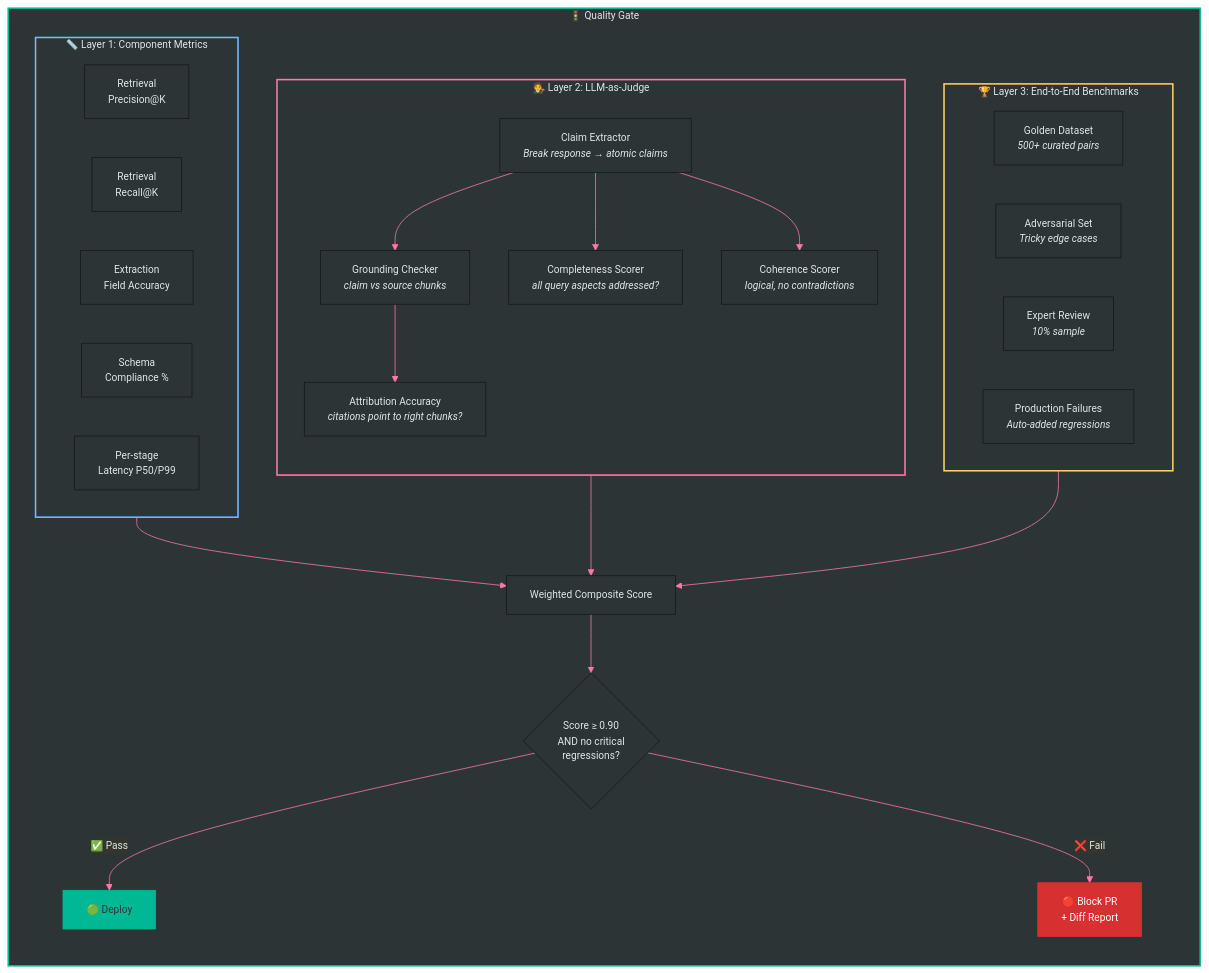
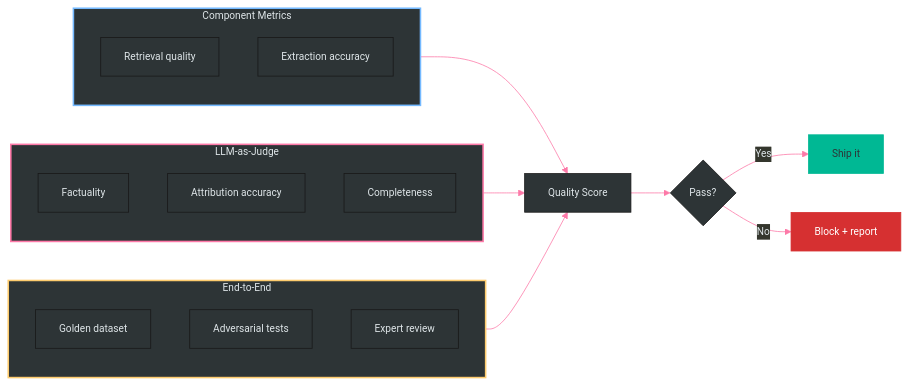
The fourth of 8 diagrams in README.md (climax-dev-1/temp), drawn with Mermaid before and after one commit. The commit also changed other lines of this file, not shown here.

````diff
--- a/README.md
+++ b/README.md
@@ -461,46 +156,33 @@
 ```mermaid
 %%{init: {'theme': 'base', 'themeVariables': { 'primaryColor': '#2d3436', 'primaryTextColor': '#dfe6e9', 'lineColor': '#fd79a8', 'fontSize': '13px'}}}%%
-flowchart TB
-    subgraph L1["📏 Layer 1: Component Metrics"]
-        direction LR
-        R_PREC["Retrieval<br/>Precision@K"]
-        R_REC["Retrieval<br/>Recall@K"]
-        EXT_ACC["Extraction<br/>Field Accuracy"]
-        SCHEMA_RATE["Schema<br/>Compliance %"]
-        LAT["Per-stage<br/>Latency P50/P99"]
+flowchart LR
+    subgraph L1["Component Metrics"]
+        A1["Retrieval quality"]
+        A2["Extraction accuracy"]
     end
 
-    subgraph L2["🧑‍⚖️ Layer 2: LLM-as-Judge"]
-        direction TB
-        CLAIM_EX["Claim Extractor<br/><i>Break response → atomic claims</i>"]
-        CLAIM_EX --> GROUND["Grounding Checker<br/><i>claim vs source chunks</i>"]
-        CLAIM_EX --> COMPLETE["Completeness Scorer<br/><i>all query aspects addressed?</i>"]
-        CLAIM_EX --> COHERENT["Coherence Scorer<br/><i>logical, no contradictions</i>"]
-        GROUND --> ATTRIB["Attribution Accuracy<br/><i>citations point to right chunks?</i>"]
+    subgraph L2["LLM-as-Judge"]
+        B1["Factuality"]
+        B2["Attribution accuracy"]
+        B3["Completeness"]
     end
 
-    subgraph L3["🏆 Layer 3: End-to-End Benchmarks"]
-        direction LR
-        GOLDEN["Golden Dataset<br/><i>500+ curated pairs</i>"]
-        ADVERSARIAL["Adversarial Set<br/><i>Tricky edge cases</i>"]
-        HUMAN["Expert Review<br/><i>10% sample</i>"]
-        PROD_FAIL["Production Failures<br/><i>Auto-added regressions</i>"]
+    subgraph L3["End-to-End"]
+        C1["Golden dataset"]
+        C2["Adversarial tests"]
+        C3["Expert review"]
     end
 
-    subgraph GATE["🚦 Quality Gate"]
-        direction TB
-        L1 --> COMPOSITE["Weighted Composite Score"]
-        L2 --> COMPOSITE
-        L3 --> COMPOSITE
-        COMPOSITE --> THRESH{"Score ≥ 0.90<br/>AND no critical<br/>regressions?"}
-        THRESH -->|"✅ Pass"| DEPLOY["🟢 Deploy"]
-        THRESH -->|"❌ Fail"| BLOCK["🔴 Block PR<br/>+ Diff Report"]
-    end
+    L1 --> SCORE["Quality Score"]
+    L2 --> SCORE
+    L3 --> SCORE
+    SCORE --> GATE{"Pass?"}
+    GATE -->|"Yes"| GO["Ship it"]
+    GATE -->|"No"| STOP["Block + report"]
 
     style L1 fill:#2d3436,stroke:#74b9ff,stroke-width:2px,color:#dfe6e9
     style L2 fill:#2d3436,stroke:#fd79a8,stroke-width:2px,color:#dfe6e9
     style L3 fill:#2d3436,stroke:#fdcb6e,stroke-width:2px,color:#dfe6e9
-    style GATE fill:#2d3436,stroke:#00b894,stroke-width:2px,color:#dfe6e9
-    style DEPLOY fill:#00b894,stroke:#00b894,color:#2d3436
-    style BLOCK fill:#d63031,stroke:#d63031,color:#fff
+    style GO fill:#00b894,stroke:#00b894,color:#2d3436
+    style STOP fill:#d63031,stroke:#d63031,color:#fff
 ```
````
